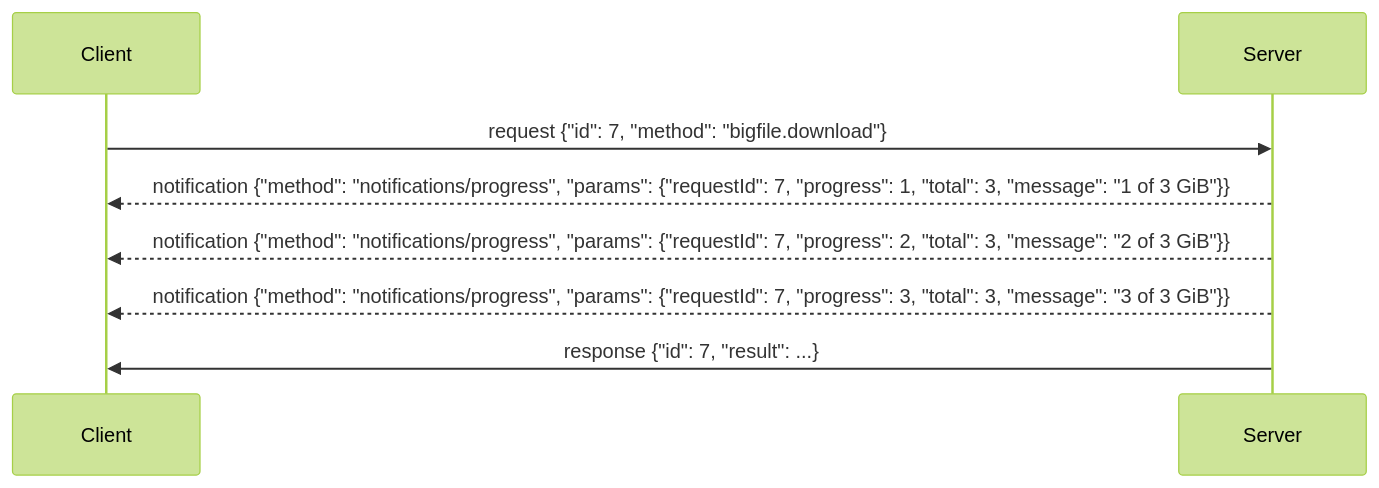
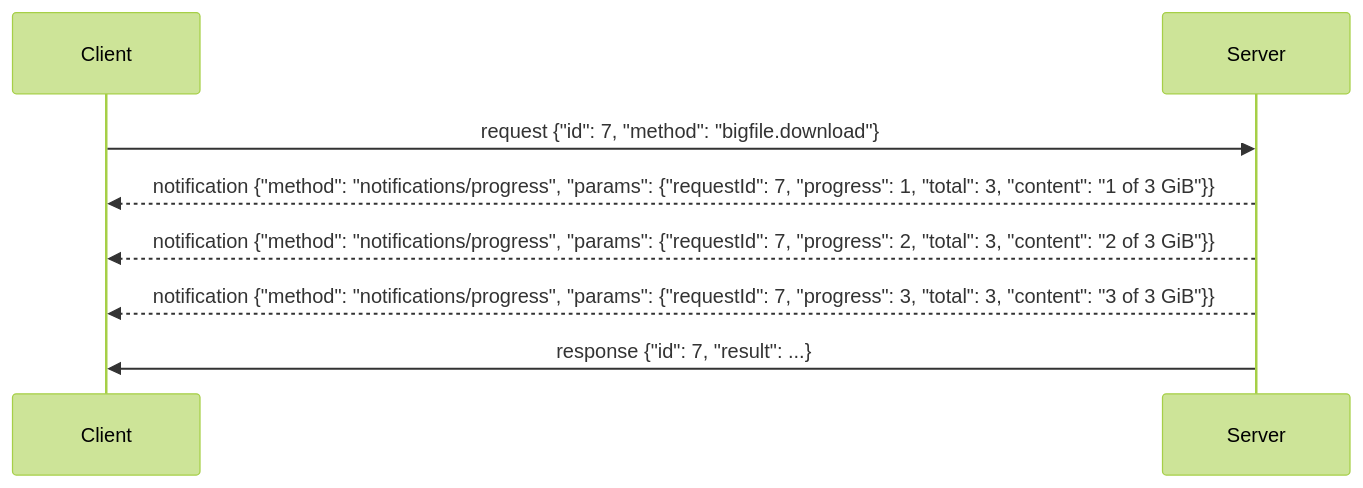
One commit to brekkylab/virtx changed the third of 3 diagrams in virtx-core/PROTOCOL.md. Above: the diagram before and after it, drawn with Mermaid (forest theme). The commit also changed other lines of this file and 12 other files, not shown here.

````diff
--- a/virtx-core/PROTOCOL.md
+++ b/virtx-core/PROTOCOL.md
@@ -83,10 +83,10 @@
 ```mermaid
 sequenceDiagram
     participant C as Client
     participant S as Server
     C->>S: request {"id": 7, "method": "bigfile.download"}
-    S-->>C: notification {"method": "notifications/progress", "params": {"requestId": 7, "progress": 1, "total": 3, "message": "1 of 3 GiB"}}
-    S-->>C: notification {"method": "notifications/progress", "params": {"requestId": 7, "progress": 2, "total": 3, "message": "2 of 3 GiB"}}
-    S-->>C: notification {"method": "notifications/progress", "params": {"requestId": 7, "progress": 3, "total": 3, "message": "3 of 3 GiB"}}
+    S-->>C: notification {"method": "notifications/progress", "params": {"requestId": 7, "progress": 1, "total": 3, "content": "1 of 3 GiB"}}
+    S-->>C: notification {"method": "notifications/progress", "params": {"requestId": 7, "progress": 2, "total": 3, "content": "2 of 3 GiB"}}
+    S-->>C: notification {"method": "notifications/progress", "params": {"requestId": 7, "progress": 3, "total": 3, "content": "3 of 3 GiB"}}
     S->>C: response {"id": 7, "result": ...}
 ```
````
